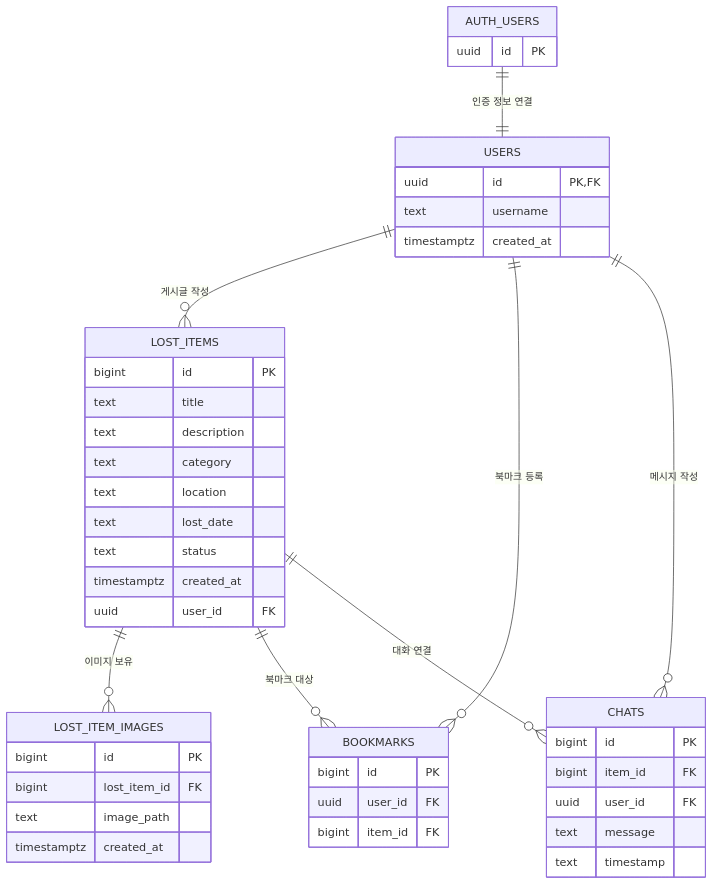
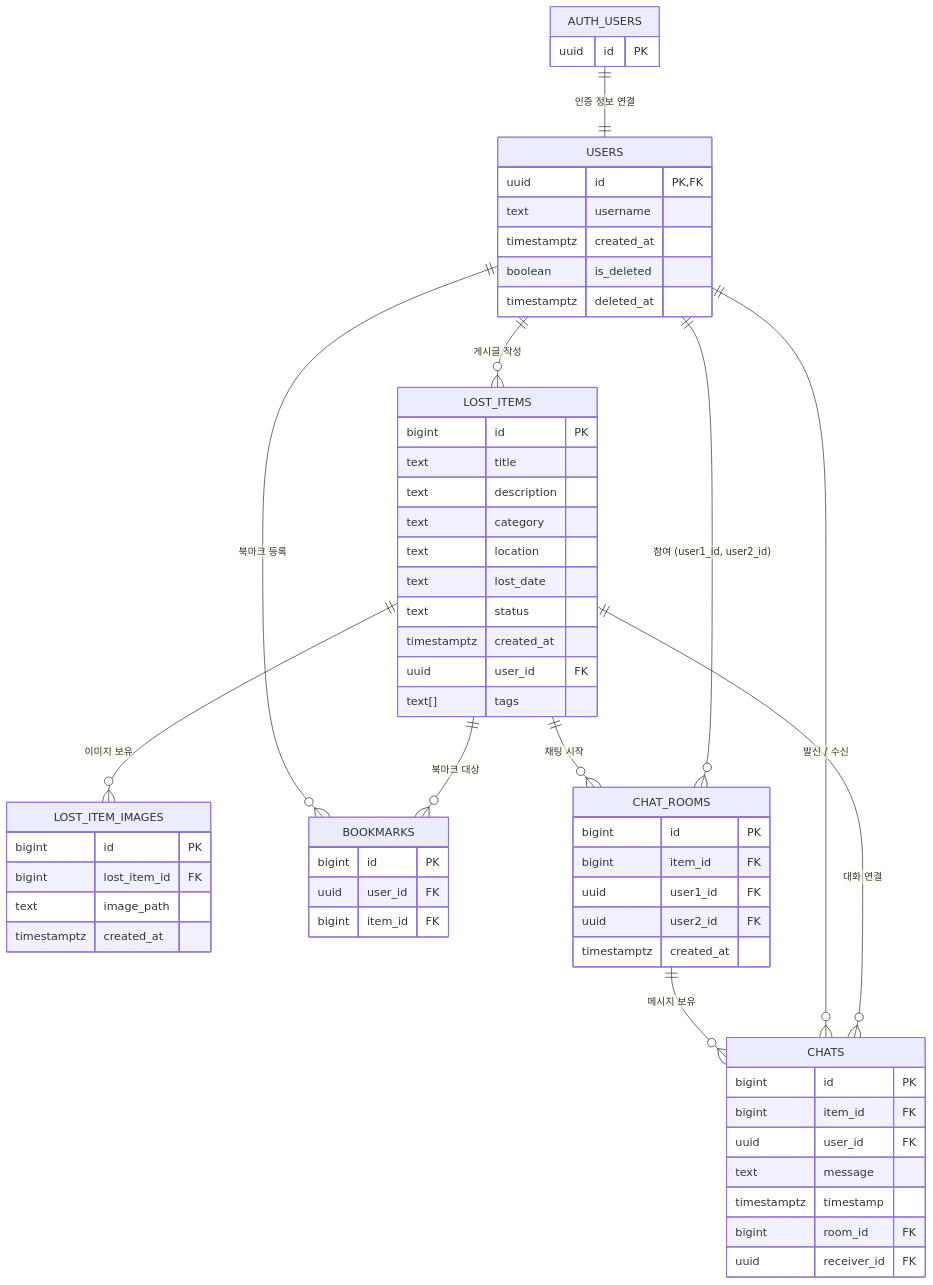
One commit to chaeyun-pknu/pknu-finder changed the diagram in DB/database.md. Above: the diagram before and after it, drawn with Mermaid. The commit also changed other lines of this file and 3 other files, not shown here.

````diff
--- a/DB/database.md
+++ b/DB/database.md
@@ -270,53 +405,69 @@
 ```mermaid
 erDiagram
     AUTH_USERS ||--|| USERS : "인증 정보 연결"
     USERS ||--o{ LOST_ITEMS : "게시글 작성"
     LOST_ITEMS ||--o{ LOST_ITEM_IMAGES : "이미지 보유"
     USERS ||--o{ BOOKMARKS : "북마크 등록"
     LOST_ITEMS ||--o{ BOOKMARKS : "북마크 대상"
-    USERS ||--o{ CHATS : "메시지 작성"
+    LOST_ITEMS ||--o{ CHAT_ROOMS : "채팅 시작"
+    USERS ||--o{ CHAT_ROOMS : "참여 (user1_id, user2_id)"
+    CHAT_ROOMS ||--o{ CHATS : "메시지 보유"
+    USERS ||--o{ CHATS : "발신 / 수신"
     LOST_ITEMS ||--o{ CHATS : "대화 연결"
 
     AUTH_USERS {
         uuid id PK
     }
 
     USERS {
         uuid id PK,FK
         text username
         timestamptz created_at
+        boolean is_deleted
+        timestamptz deleted_at
     }
 
     LOST_ITEMS {
         bigint id PK
         text title
         text description
         text category
         text location
         text lost_date
         text status
         timestamptz created_at
         uuid user_id FK
+        text[] tags
     }
 
     LOST_ITEM_IMAGES {
         bigint id PK
         bigint lost_item_id FK
         text image_path
         timestamptz created_at
     }
 
     BOOKMARKS {
         bigint id PK
         uuid user_id FK
         bigint item_id FK
     }
 
+    CHAT_ROOMS {
+        bigint id PK
+        bigint item_id FK
+        uuid user1_id FK
+        uuid user2_id FK
+        timestamptz created_at
+    }
+
     CHATS {
         bigint id PK
         bigint item_id FK
         uuid user_id FK
         text message
-        text timestamp
+        timestamptz timestamp
+        bigint room_id FK
+        uuid receiver_id FK
     }
 ```
````
